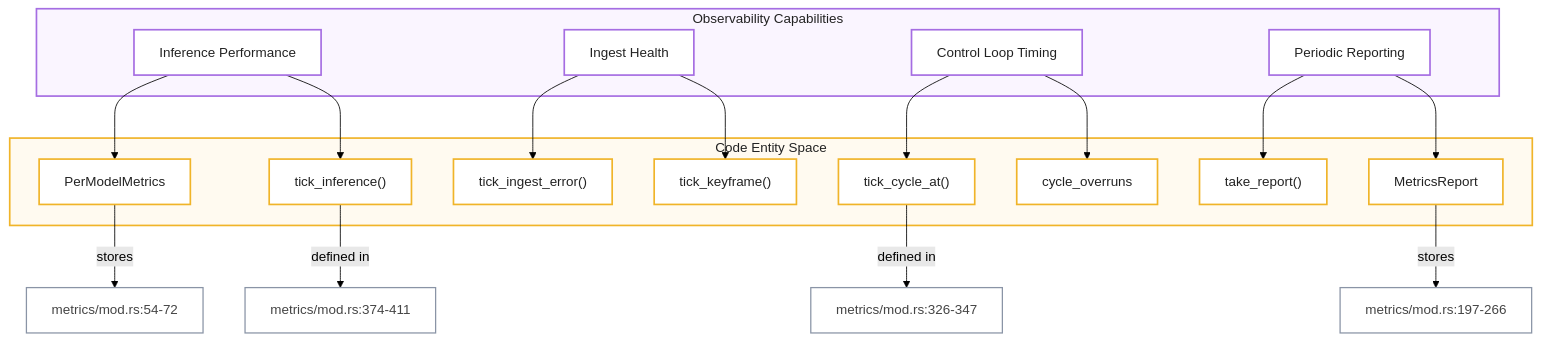
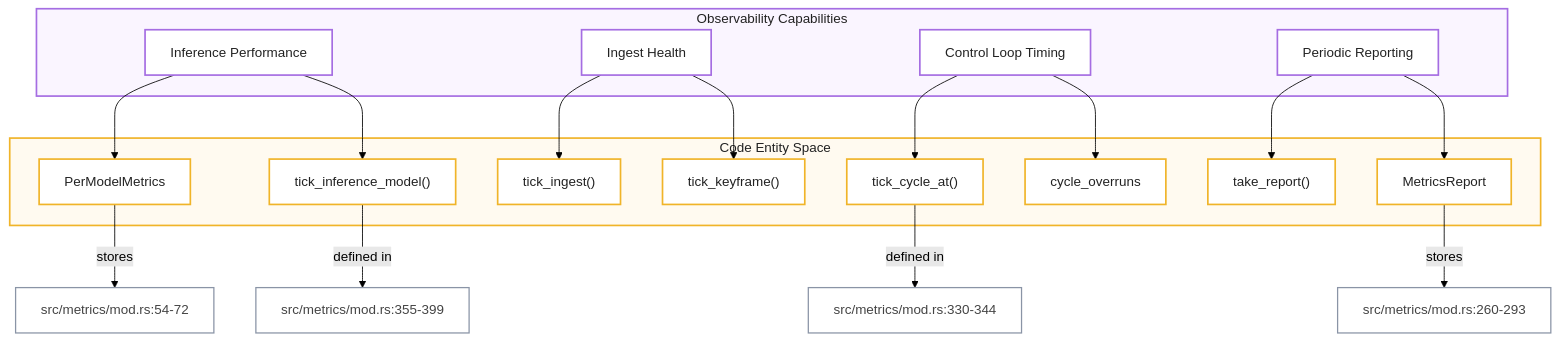
Before and after one commit to e7canasta/mana-lite: the first of 3 diagrams in docs/wiki/5.3-metrics-engine.md, drawn with Mermaid (forest theme). The commit also changed other lines of this file and 92 other files, not shown here.

```diff
--- a/docs/wiki/5.3-metrics-engine.md
+++ b/docs/wiki/5.3-metrics-engine.md
@@ -48,9 +48,9 @@
     subgraph CODE["Code Entity Space"]
 
         PER_MODEL["PerModelMetrics"]
-        TICK_INFERENCE["tick_inference()"]
+        TICK_INFERENCE["tick_inference_model()"]
 
-        TICK_INGEST["tick_ingest_error()"]
+        TICK_INGEST["tick_ingest()"]
         TICK_KEYFRAME["tick_keyframe()"]
 
         TICK_CYCLE["tick_cycle_at()"]
@@ -66,10 +66,10 @@
     %% Source Locations
     %% =========================================================
 
-    PER_MODEL_SRC["metrics/mod.rs:54-72"]
-    TICK_INFERENCE_SRC["metrics/mod.rs:374-411"]
-    TICK_CYCLE_SRC["metrics/mod.rs:326-347"]
-    METRICS_REPORT_SRC["metrics/mod.rs:197-266"]
+    PER_MODEL_SRC["src/metrics/mod.rs:54-72"]
+    TICK_INFERENCE_SRC["src/metrics/mod.rs:355-399"]
+    TICK_CYCLE_SRC["src/metrics/mod.rs:330-344"]
+    METRICS_REPORT_SRC["src/metrics/mod.rs:260-293"]
 
 
     %% =========================================================
```
